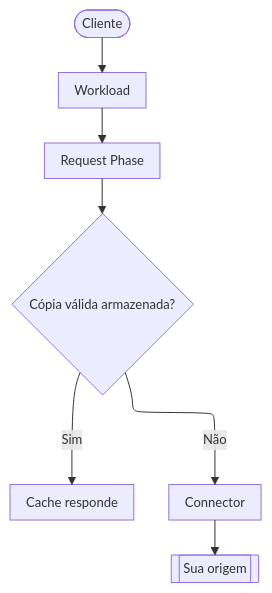
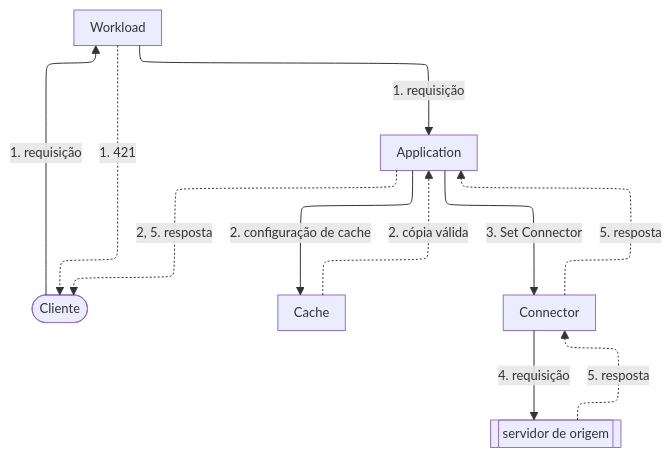
Before and after one commit to aziontech/docs: the diagram in apps/docs/src/content/docs/pt-br/pages/secure/connectors/como-funciona.mdx, drawn with Mermaid. The commit also changed other lines of this file and 83 other files, not shown here.

````diff
--- a/apps/docs/src/content/docs/pt-br/pages/secure/connectors/como-funciona.mdx
+++ b/apps/docs/src/content/docs/pt-br/pages/secure/connectors/como-funciona.mdx
@@ -26,10 +28,20 @@
 ```mermaid
-%%{init: {"layout": "elk", "themeVariables": {"fontSize": "13px"}, "flowchart": {"nodeSpacing": 24, "rankSpacing": 36, "padding": 8, "wrappingWidth": 150, "useMaxWidth": true}, "sequence": {"width": 120, "actorMargin": 30, "useMaxWidth": true}}}%%
+%%{init: {"layout": "elk", "elk": {"cycleBreakingStrategy": "MODEL_ORDER"}, "themeVariables": {"fontSize": "13px"}, "flowchart": {"nodeSpacing": 24, "rankSpacing": 36, "padding": 8, "wrappingWidth": 150, "useMaxWidth": true}, "sequence": {"width": 120, "actorMargin": 30, "useMaxWidth": true}}}%%
 flowchart TD
-  Client(["Cliente"]) --> WL["Workload"]
-  WL --> Rules["Request Phase"]
-  Rules --> Cache{"Cópia válida armazenada?"}
-  Cache -->|"Sim"| Hit["Cache responde"]
-  Cache -->|"Não"| Conn["Connector"]
-  Conn --> Origin[["Sua origem"]]
+  Client(["Cliente"])
+  WL["Workload"]
+  App["Application"]
+  Cache["Cache"]
+  Conn["Connector"]
+  Origin[["servidor de origem"]]
+  Client -->|"1. requisição"| WL
+  WL -.->|"1. 421"| Client
+  WL -->|"1. requisição"| App
+  App -->|"2. configuração de cache"| Cache
+  Cache -.->|"2. cópia válida"| App
+  App -->|"3. Set Connector"| Conn
+  Conn -->|"4. requisição"| Origin
+  Origin -.->|"5. resposta"| Conn
+  Conn -.->|"5. resposta"| App
+  App -.->|"2, 5. resposta"| Client
 ```
````
